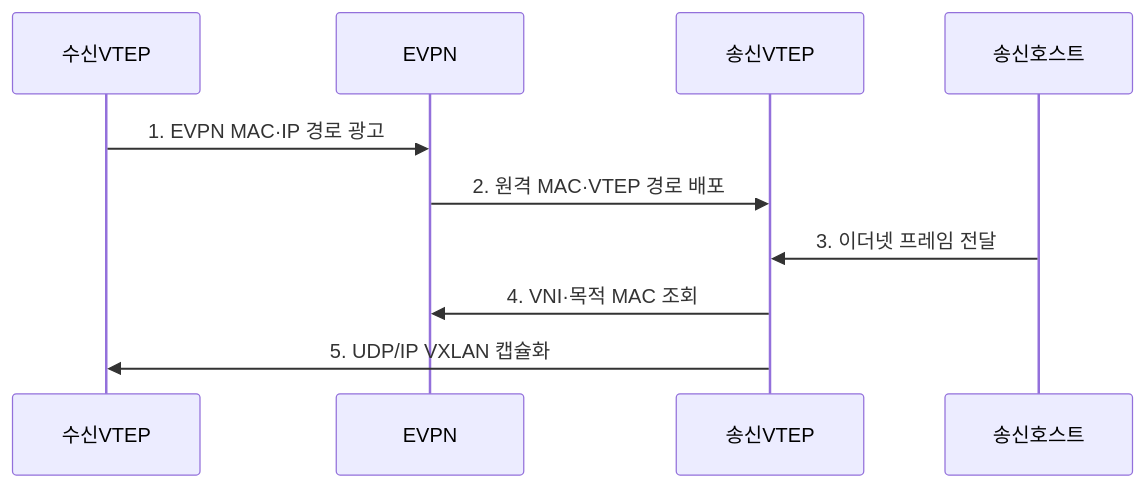
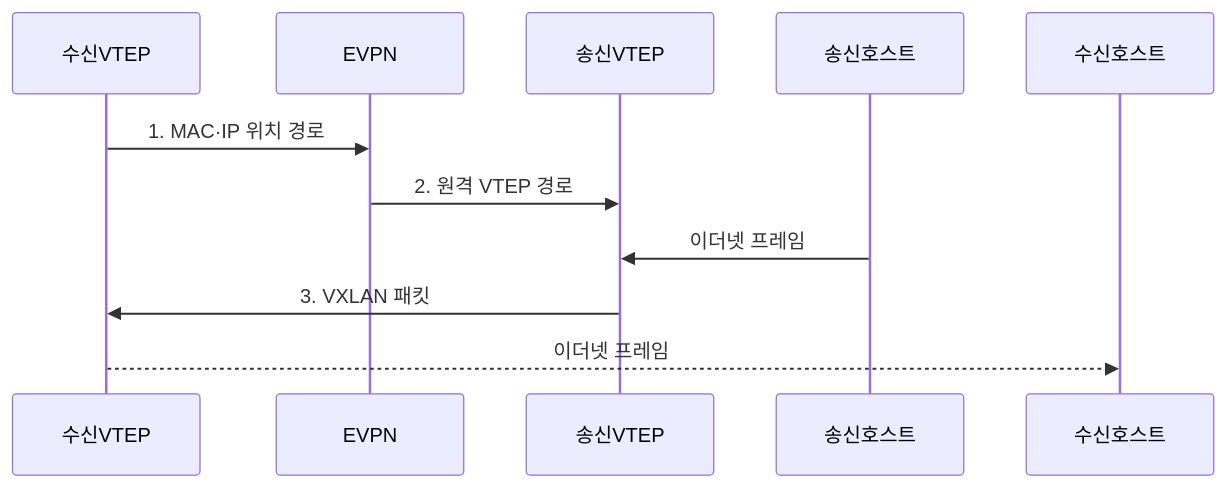
The second of 2 diagrams in src/content/docs/notes/04-network/059_vxlan_overlay.md (agnusdei1207/knowledge-base), drawn with Mermaid before and after one commit. The commit also changed other lines of this file and 20 other files, not shown here.

````diff
--- a/src/content/docs/notes/04-network/059_vxlan_overlay.md
+++ b/src/content/docs/notes/04-network/059_vxlan_overlay.md
@@ -82,12 +90,13 @@
 ```mermaid
 sequenceDiagram
     participant 수신VTEP
     participant EVPN
     participant 송신VTEP
     participant 송신호스트
-    수신VTEP->>EVPN: 1. EVPN MAC·IP 경로 광고
-    EVPN->>송신VTEP: 2. 원격 MAC·VTEP 경로 배포
-    송신호스트->>송신VTEP: 3. 이더넷 프레임 전달
-    송신VTEP->>EVPN: 4. VNI·목적 MAC 조회
-    송신VTEP->>수신VTEP: 5. UDP/IP VXLAN 캡슐화
+    participant 수신호스트
+    수신VTEP->>EVPN: 1. MAC·IP 위치 경로
+    EVPN->>송신VTEP: 2. 원격 VTEP 경로
+    송신호스트->>송신VTEP: 이더넷 프레임
+    송신VTEP->>수신VTEP: 3. VXLAN 패킷
+    수신VTEP-->>수신호스트: 이더넷 프레임
 ```
````
